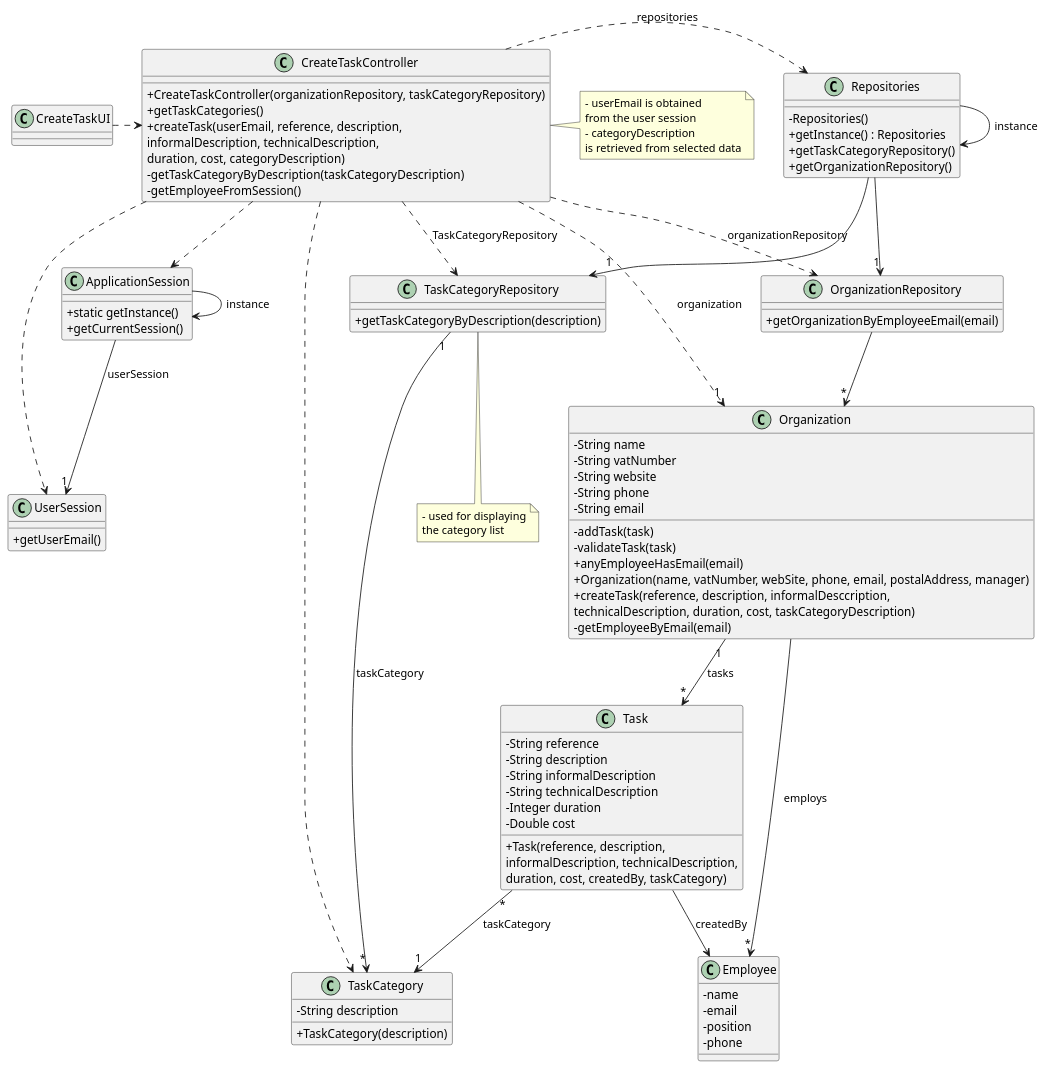
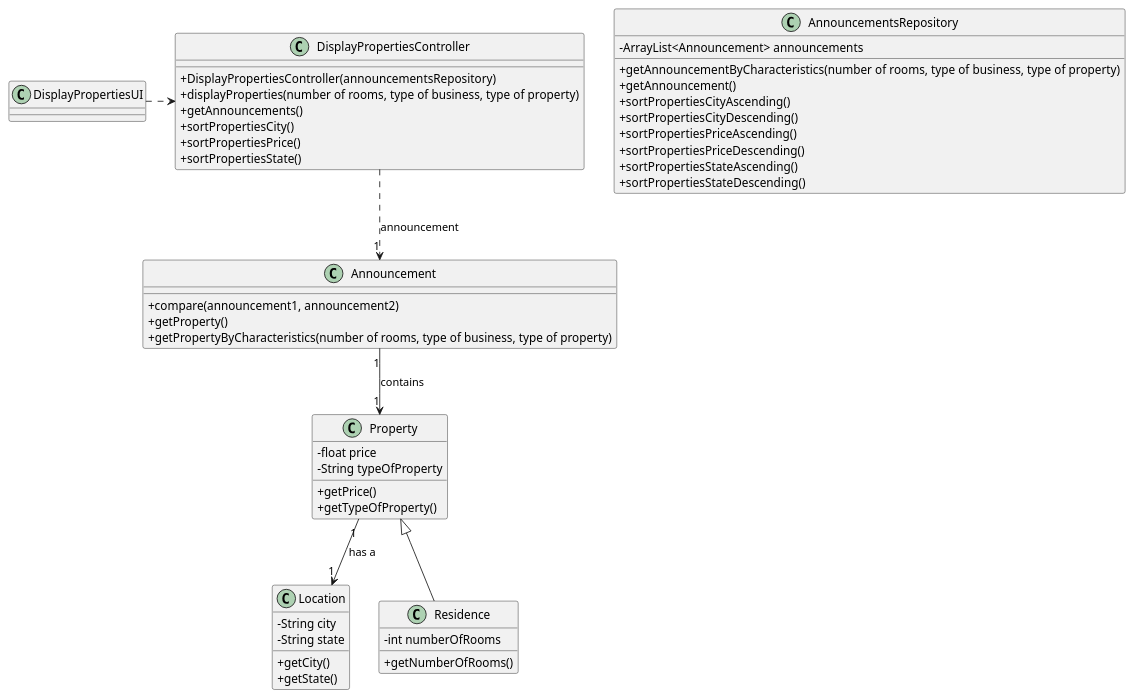
The diagram in docs/sprintB/us001/03.design/puml/us001-class-diagram.puml (1220812/LAPR2), drawn with PlantUML before and after one commit. The commit also changed 6 other files, not shown here.

```diff
--- a/docs/sprintB/us001/03.design/puml/us001-class-diagram.puml
+++ b/docs/sprintB/us001/03.design/puml/us001-class-diagram.puml
@@ -1,130 +1,72 @@
 @startuml
 'skinparam monochrome true
 skinparam packageStyle rectangle
 skinparam shadowing false
 skinparam linetype polyline
 skinparam linetype orto
 
 skinparam classAttributeIconSize 0
 
 'left to right direction
 
-class ApplicationSession
-{
-    + static getInstance()
-    + getCurrentSession()
+class Property{
+-float price
+-String typeOfProperty
++getPrice()
++getTypeOfProperty()
 }
 
-class UserSession
-{
-    + getUserEmail()
+class Location{
+-String city
+-String state
++getCity()
++getState()
 }
 
-class Employee {
-    - name
-    - email
-    - position
-    - phone
+class Residence{
+-int numberOfRooms
++getNumberOfRooms()
 }
 
-class Task {
-    - String reference
-    - String description
-    - String informalDescription
-    - String technicalDescription
-    - Integer duration
-    - Double cost
-
-    + Task(reference, description,\ninformalDescription, technicalDescription,\nduration, cost, createdBy, taskCategory)
+class DisplayPropertiesUI{
 }
 
-class TaskCategory {
-    - String description
-
-    + TaskCategory(description)
+class DisplayPropertiesController{
++DisplayPropertiesController(announcementsRepository)
++displayProperties(number of rooms, type of business, type of property)
++getAnnouncements()
++sortPropertiesCity()
++sortPropertiesPrice()
++sortPropertiesState()
 }
 
-class Organization {
-    - String name
-    - String vatNumber
-    - String website
-    - String phone
-    - String email
-
-    - addTask(task)
-    - validateTask(task)
-    + anyEmployeeHasEmail(email)
-    + Organization(name, vatNumber, webSite, phone, email, postalAddress, manager)
-    + createTask(reference, description, informalDesccription,\ntechnicalDescription, duration, cost, taskCategoryDescription)
-    - getEmployeeByEmail(email)
-
-'  +saveTask(task)
+class Announcement{
++compare(announcement1, announcement2)
++getProperty()
++getPropertyByCharacteristics(number of rooms, type of business, type of property)
 }
 
-class TaskCategoryRepository {
-    + getTaskCategoryByDescription(description)
+class AnnouncementsRepository{
+-ArrayList<Announcement> announcements
++getAnnouncementByCharacteristics(number of rooms, type of business, type of property)
++getAnnouncement()
++sortPropertiesCityAscending()
++sortPropertiesCityDescending()
++sortPropertiesPriceAscending()
++sortPropertiesPriceDescending()
++sortPropertiesStateAscending()
++sortPropertiesStateDescending()
 }
 
-class OrganizationRepository {
-    + getOrganizationByEmployeeEmail(email)
-}
 
-class Repositories {
-    - Repositories()
-    + getInstance() : Repositories
-    + getTaskCategoryRepository()
-    + getOrganizationRepository()
-}
+DisplayPropertiesUI .> DisplayPropertiesController
 
-class CreateTaskController {
-    + CreateTaskController(organizationRepository, taskCategoryRepository)
-    + getTaskCategories()
-    + createTask(userEmail, reference, description,\ninformalDescription, technicalDescription,\nduration, cost, categoryDescription)
-    - getTaskCategoryByDescription(taskCategoryDescription)
-    - getEmployeeFromSession()
-}
 
-note right of CreateTaskController
-    - userEmail is obtained
-    from the user session
-    - categoryDescription
-    is retrieved from selected data
-end note
 
-note bottom of TaskCategoryRepository
-    - used for displaying
-    the category list
-end note
+DisplayPropertiesController ..> "1" Announcement : announcement
+Announcement "1" --> "1" Property : contains
+Property <|-- Residence
+Property "1" --> "1" Location : has a
 
-class CreateTaskUI {
-}
-
-Repositories -> Repositories : instance
-ApplicationSession -> ApplicationSession : instance
-
-CreateTaskUI .> CreateTaskController
-
-CreateTaskController .> Repositories : repositories
-
-Repositories -> "1" TaskCategoryRepository
-
-CreateTaskController ..> TaskCategory
-CreateTaskController ..> OrganizationRepository : organizationRepository
-CreateTaskController ..> TaskCategoryRepository : TaskCategoryRepository
-
-Repositories --> "1" OrganizationRepository
-
-OrganizationRepository --> "*" Organization
-ApplicationSession --> "1" UserSession : userSession
-
-CreateTaskController ..> "1" Organization : organization
-CreateTaskController ..> ApplicationSession
-CreateTaskController ..> UserSession
-Task "*" --> "1" TaskCategory : taskCategory
-TaskCategoryRepository "1" --> "*" TaskCategory : taskCategory
-Organization "1" --> "*" Task : tasks
-Task --> Employee : createdBy
-
-Organization --> "*" Employee : employs
 
 @enduml
```
